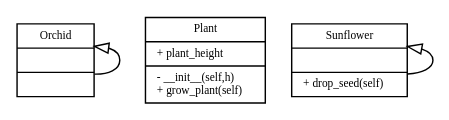
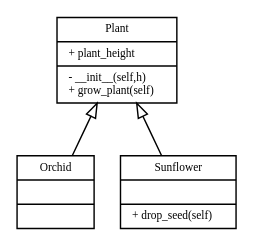
The diagram in src/tmp/class.dot (Braedennz/BCPR301_Assignment-Two_Python-Parser_Refactored), drawn with Graphviz before and after one commit. The commit also changed 2 other files, not shown here.

```diff
--- a/src/tmp/class.dot
+++ b/src/tmp/class.dot
@@ -1,30 +1,30 @@
 
                     digraph G {
                         rankdir=BT
                         node [
                             fontname = "Sans Not-Rotated 8"
                             fontsize = 8
                             shape = "record"
                         ]
                         edge [
                             fontname = "Sans Not-Rotated 8"
                             fontsize = 8
                         ]
                     subgraph {
 Orchid [
 label = "{Orchid||}"
 ]
 Plant [
 label = "{Plant|+ plant_height\l|- __init__(self,h)\l+ grow_plant(self)\l}"
 ]
 Sunflower [
 label = "{Sunflower||+ drop_seed(self)\l}"
 ]
 }
 
                     edge [
                         arrowhead = "empty"
                     ]
-                Orchid -> Orchid
-Sunflower -> Sunflower
+                Orchid -> Plant
+Sunflower -> Plant
 }
```
